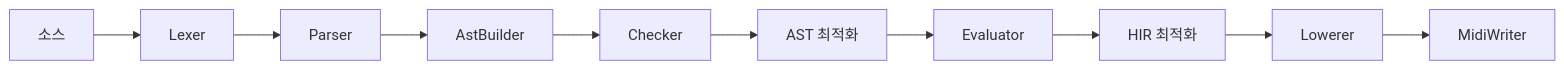
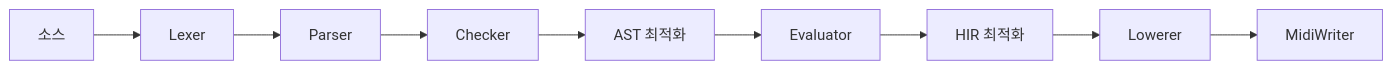
One commit to rhseung/clef changed the second of 2 diagrams in docs/PLAN.md. Above: the diagram before and after it, drawn with Mermaid. The commit also changed other lines of this file and 14 other files, not shown here.

````diff
--- a/docs/PLAN.md
+++ b/docs/PLAN.md
@@ -287,12 +356,11 @@
 ```mermaid
 flowchart LR
   S[소스] --> L[Lexer]
   L --> P[Parser]
-  P --> B[AstBuilder]
-  B --> C[Checker]
+  P --> C[Checker]
   C --> A[AST 최적화]
   A --> E[Evaluator]
   E --> H[HIR 최적화]
   H --> W[Lowerer]
   W --> M[MidiWriter]
 ```
````
